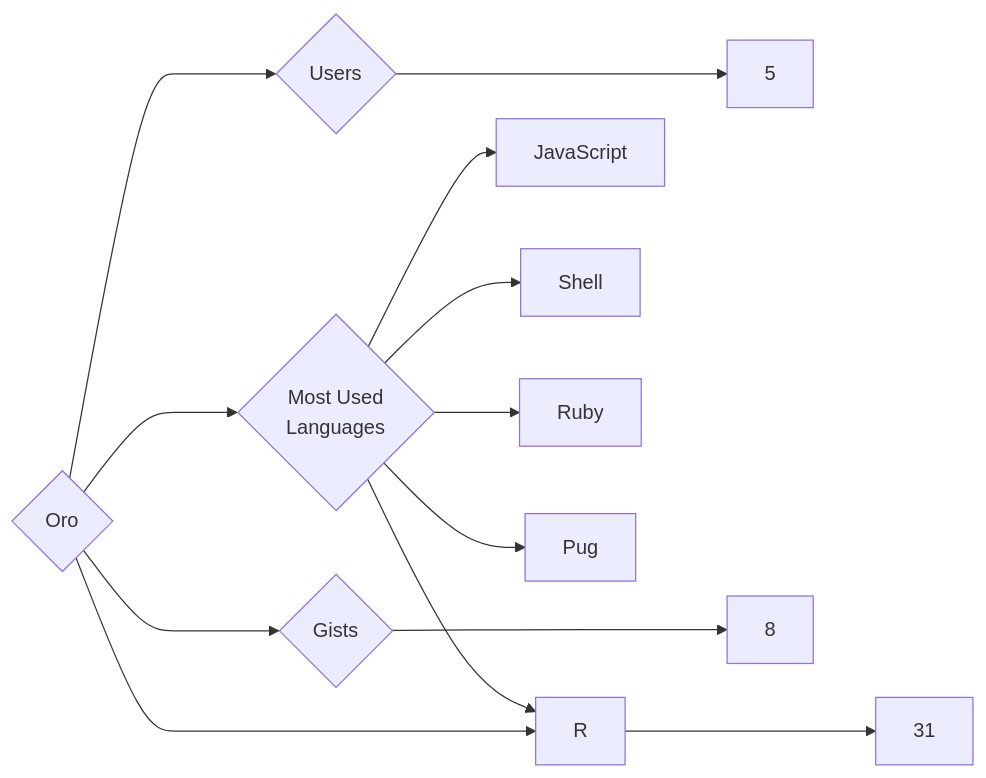
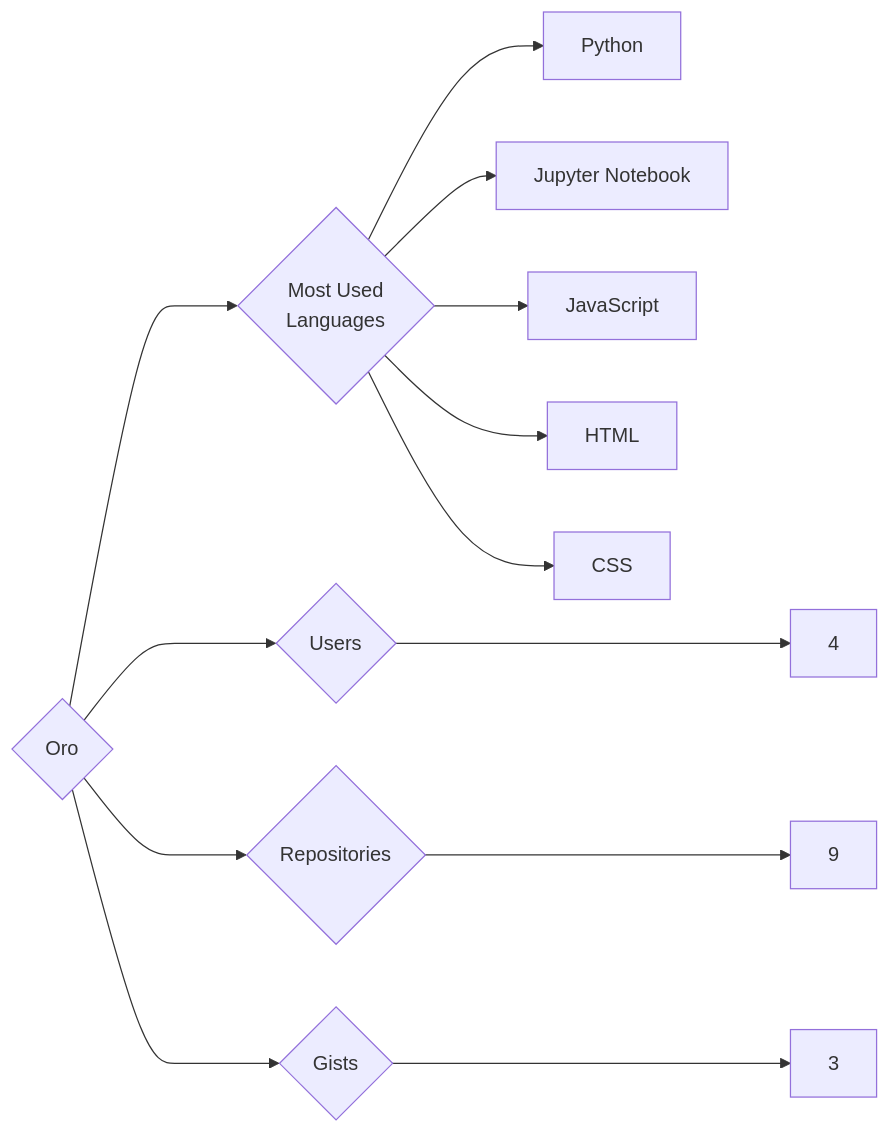
Before and after one commit to trickest/insiders: the diagram in targets/Oro/README.md, drawn with Mermaid. The commit also changed 748 other files, not shown here.

````diff
--- a/targets/Oro/README.md
+++ b/targets/Oro/README.md
@@ -3,13 +3,13 @@
 ```mermaid
 graph LR
 COMPANY_NAME{Oro}
-COMPANY_NAME ---> U{Users} ---> UN[5]
-COMPANY_NAME ---> R{Repositories} ---> RN[31]
-COMPANY_NAME ---> G{Gists} ---> GN[8]
+COMPANY_NAME ---> U{Users} ---> UN[4]
+COMPANY_NAME ---> R{Repositories} ---> RN[9]
+COMPANY_NAME ---> G{Gists} ---> GN[3]
 COMPANY_NAME ---> ML{Most Used<br>Languages}
+ML --> Python[Python]
+ML --> Jupyter_Notebook[Jupyter Notebook]
 ML --> JavaScript[JavaScript]
-ML --> Shell[Shell]
-ML --> Ruby[Ruby]
-ML --> R[R]
-ML --> Pug[Pug]
+ML --> HTML[HTML]
+ML --> CSS[CSS]
 ```
````
